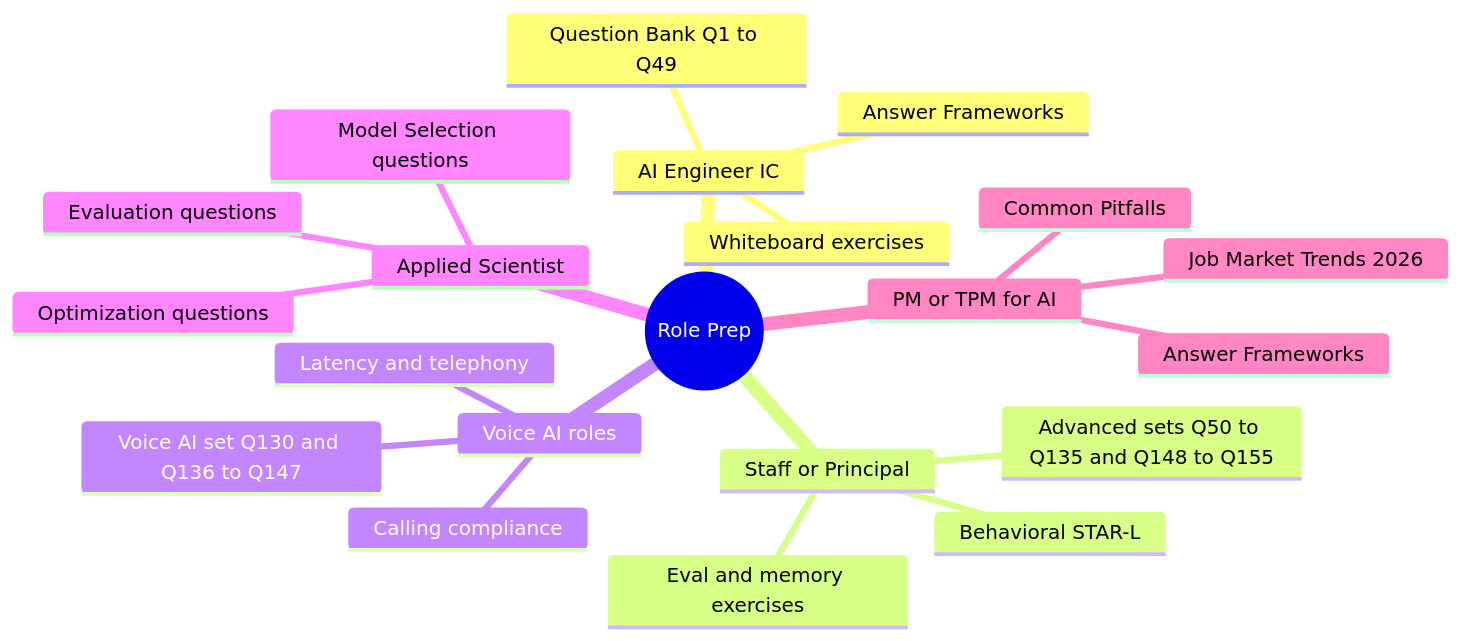
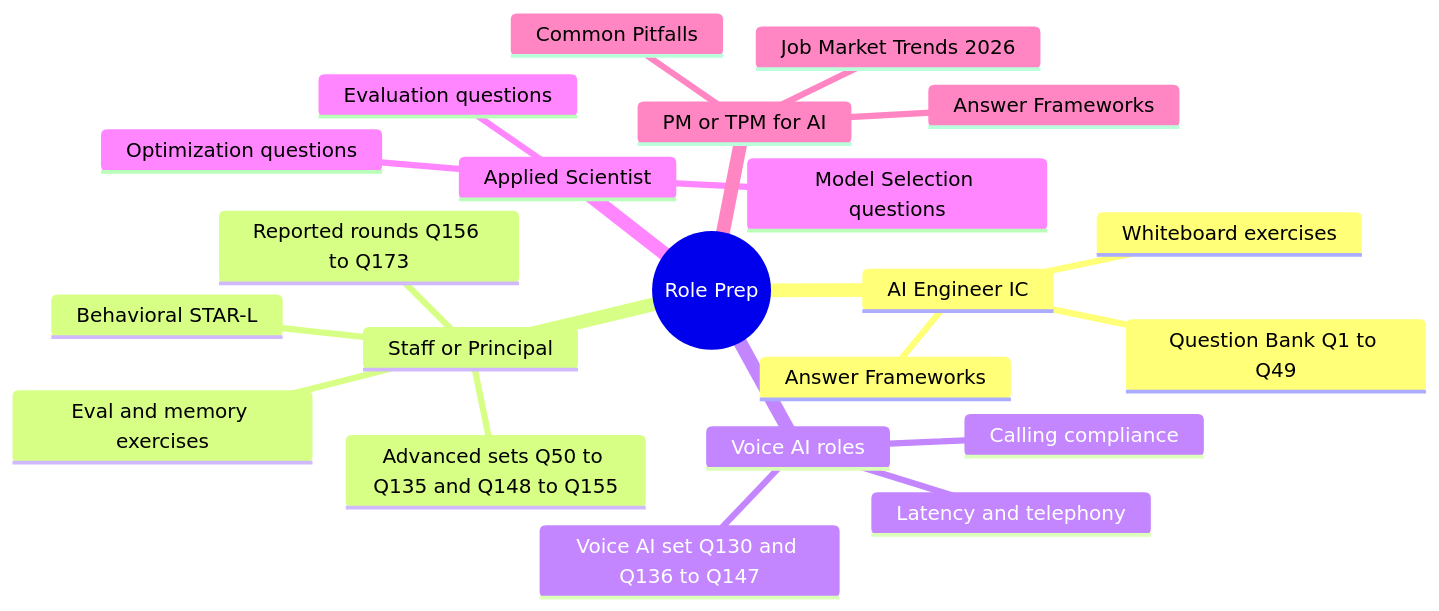
Before and after one commit to ombharatiya/ai-system-design-guide: the second of 2 diagrams in 00-interview-prep/README.md, drawn with Mermaid. The commit also changed other lines of this file and 3 other files, not shown here.

````diff
--- a/00-interview-prep/README.md
+++ b/00-interview-prep/README.md
@@ -34,24 +34,25 @@
 ```mermaid
 mindmap
   root((Role Prep))
     AI Engineer IC
       Question Bank Q1 to Q49
       Answer Frameworks
       Whiteboard exercises
     Staff or Principal
       Advanced sets Q50 to Q135 and Q148 to Q155
+      Reported rounds Q156 to Q173
       Behavioral STAR-L
       Eval and memory exercises
     Voice AI roles
       Voice AI set Q130 and Q136 to Q147
       Latency and telephony
       Calling compliance
     Applied Scientist
       Model Selection questions
       Evaluation questions
       Optimization questions
     PM or TPM for AI
       Common Pitfalls
       Job Market Trends 2026
       Answer Frameworks
 ```
````
